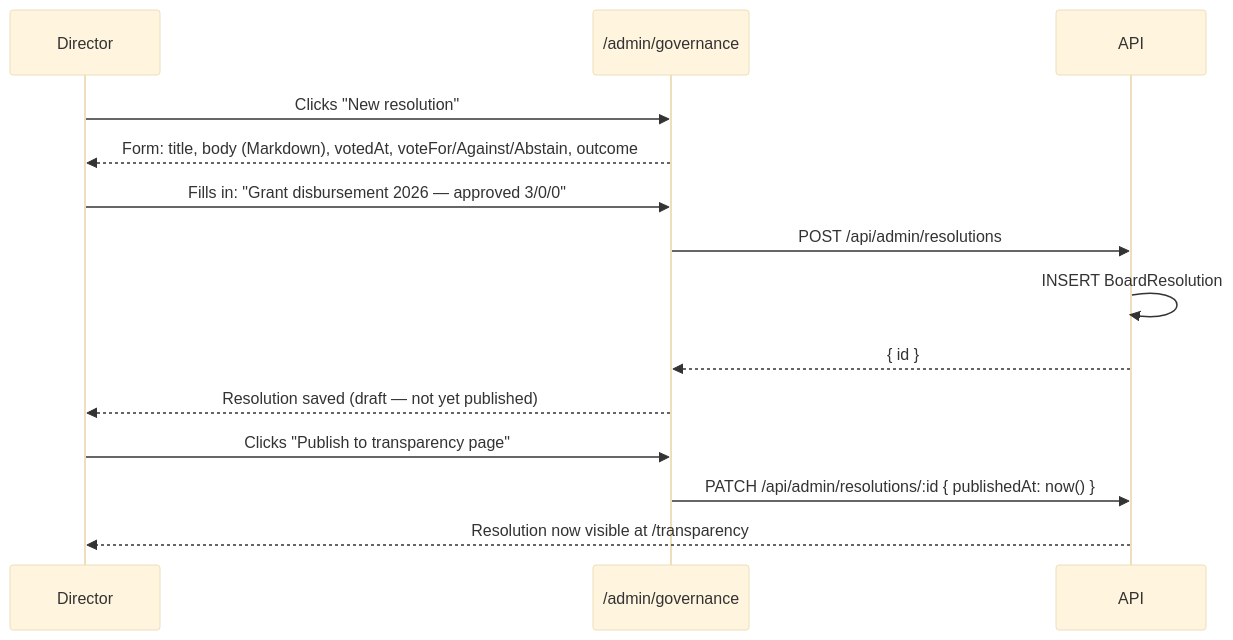
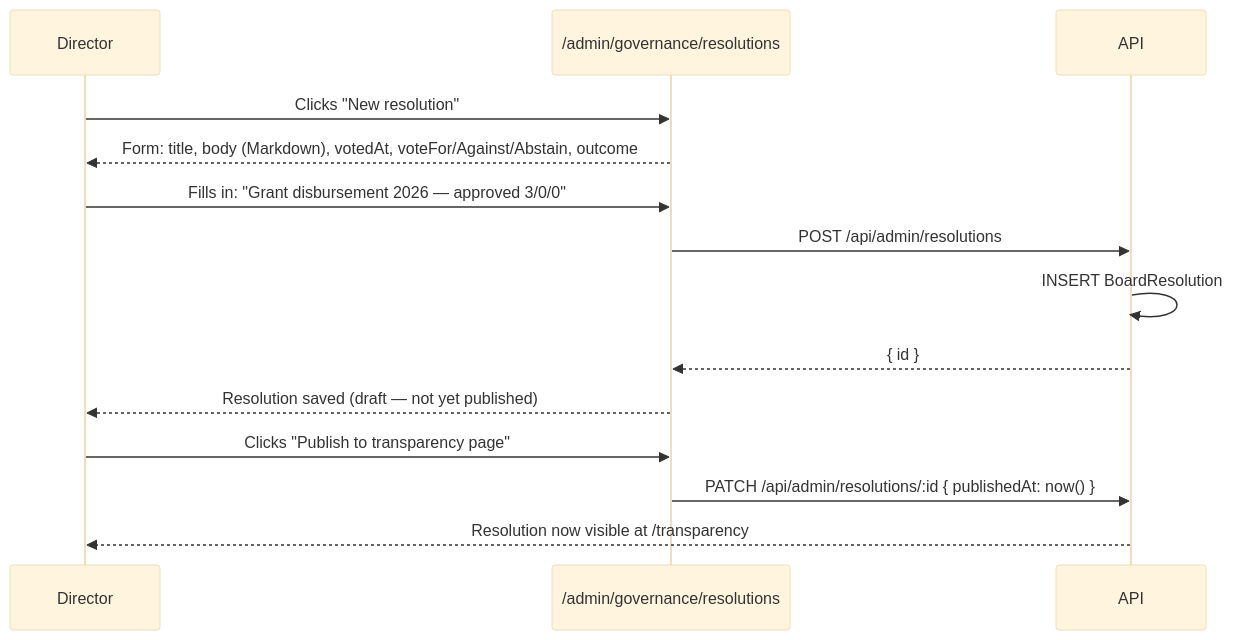
One commit to janiluuk/tahti-org changed the ninth of 10 diagrams in docs/technical/phase-12.md. Above: the diagram before and after it, drawn with Mermaid (base theme). The commit also changed other lines of this file and 7 other files, not shown here.

````diff
--- a/docs/technical/phase-12.md
+++ b/docs/technical/phase-12.md
@@ -655,18 +658,18 @@
 ```mermaid
 sequenceDiagram
     participant Dir as Director
-    participant Web as /admin/governance
+    participant Web as /admin/governance/resolutions
     participant API as API
 
     Dir->>Web: Clicks "New resolution"
     Web-->>Dir: Form: title, body (Markdown), votedAt, voteFor/Against/Abstain, outcome
     Dir->>Web: Fills in: "Grant disbursement 2026 — approved 3/0/0"
     Web->>API: POST /api/admin/resolutions
     API->>API: INSERT BoardResolution
     API-->>Web: { id }
     Web-->>Dir: Resolution saved (draft — not yet published)
 
     Dir->>Web: Clicks "Publish to transparency page"
     Web->>API: PATCH /api/admin/resolutions/:id { publishedAt: now() }
     API-->>Dir: Resolution now visible at /transparency
 ```
````
